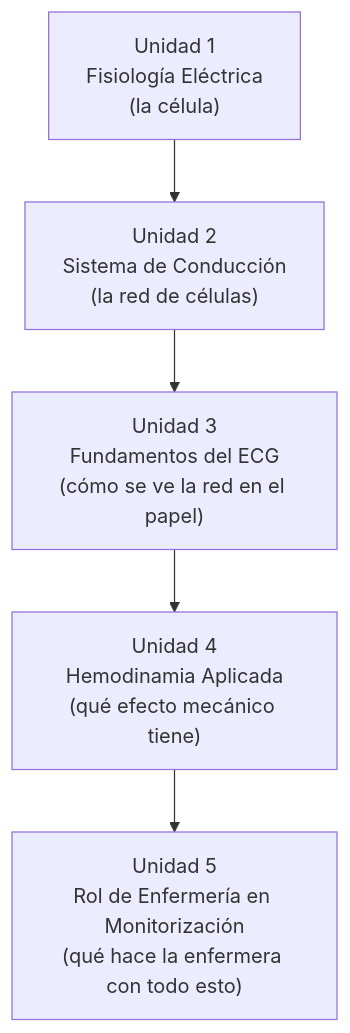
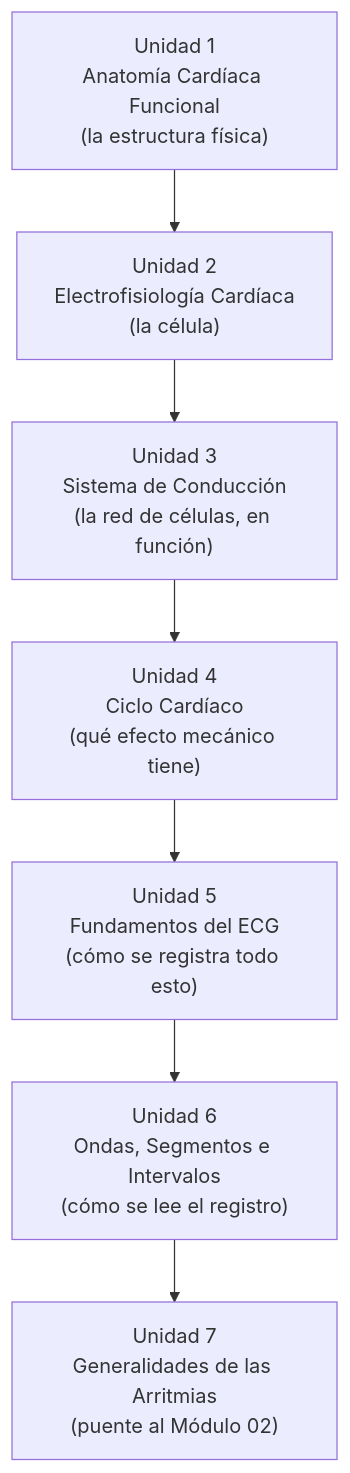
The first of 2 diagrams in docs/ARQUITECTURA-PEDAGOGICA-MODULO-01.md (andresarangoez/OVA-ARRITMIAS-CARDIACAS), drawn with Mermaid before and after one commit. The commit also changed other lines of this file and 1 other file, not shown here.

First line of the commit message:
Reestructura el Módulo 01 a las 7 unidades del syllabus oficial

````diff
--- a/docs/ARQUITECTURA-PEDAGOGICA-MODULO-01.md
+++ b/docs/ARQUITECTURA-PEDAGOGICA-MODULO-01.md
@@ -85,17 +87,23 @@
 ```mermaid
 graph TD
     U1["Unidad 1
-Fisiología Eléctrica
-(la célula)"] --> U2["Unidad 2
+Anatomía Cardíaca Funcional
+(la estructura física)"] --> U2["Unidad 2
+Electrofisiología Cardíaca
+(la célula)"]
+    U2 --> U3["Unidad 3
 Sistema de Conducción
-(la red de células)"]
-    U2 --> U3["Unidad 3
-Fundamentos del ECG
-(cómo se ve la red en el papel)"]
+(la red de células, en función)"]
     U3 --> U4["Unidad 4
-Hemodinamia Aplicada
+Ciclo Cardíaco
 (qué efecto mecánico tiene)"]
     U4 --> U5["Unidad 5
-Rol de Enfermería en Monitorización
-(qué hace la enfermera con todo esto)"]
+Fundamentos del ECG
+(cómo se registra todo esto)"]
+    U5 --> U6["Unidad 6
+Ondas, Segmentos e Intervalos
+(cómo se lee el registro)"]
+    U6 --> U7["Unidad 7
+Generalidades de las Arritmias
+(puente al Módulo 02)"]
 ```
````
